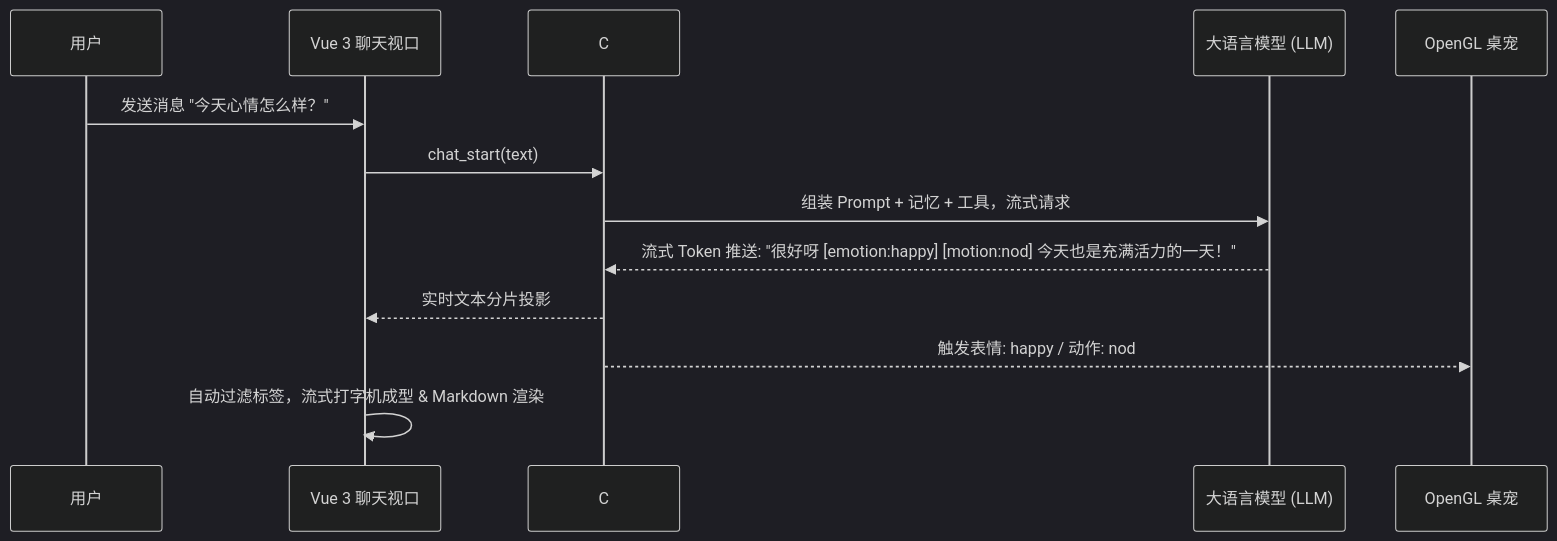
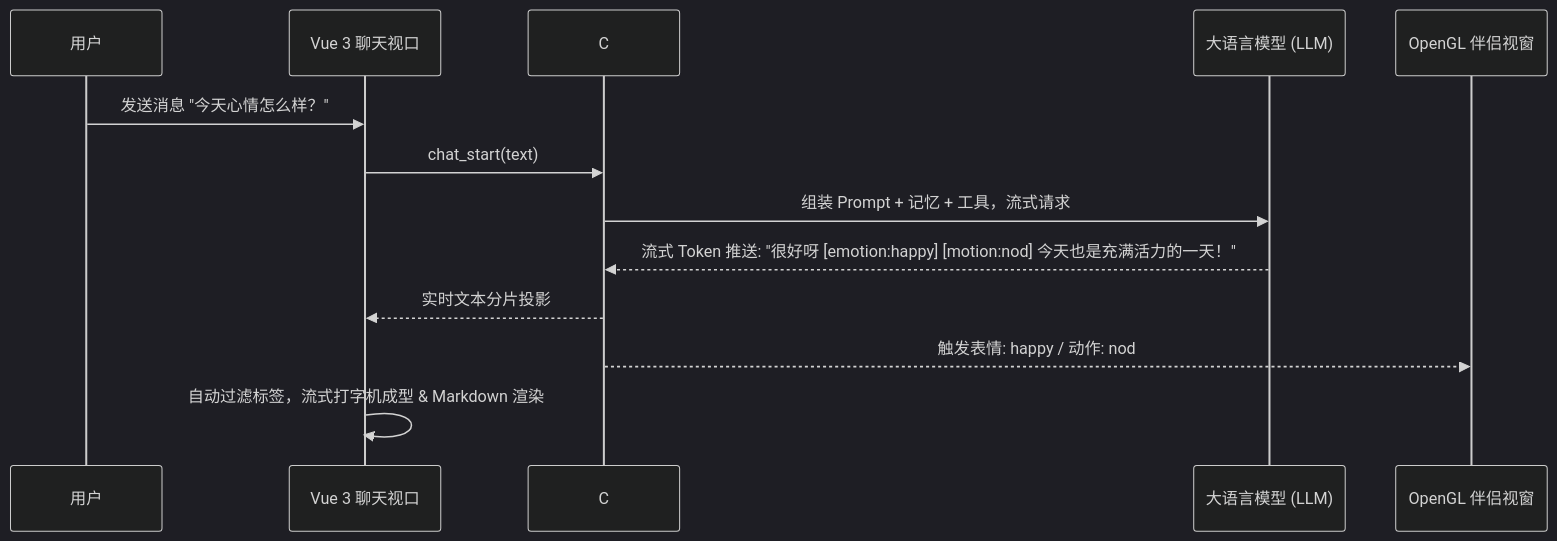
One commit to MF-Dust/Nori.Docs changed the diagram in docs/zh/guide/ai-chat-agent.md. Above: the diagram before and after it, drawn with Mermaid (dark theme). The commit also changed other lines of this file and 39 other files, not shown here.

````diff
--- a/docs/zh/guide/ai-chat-agent.md
+++ b/docs/zh/guide/ai-chat-agent.md
@@ -47,16 +47,16 @@
 ```mermaid
 sequenceDiagram
     participant User as 用户
     participant Frontend as Vue 3 聊天视口
     participant Agent as C# AgentEngine
     participant LLM as 大语言模型 (LLM)
-    participant Pet as OpenGL 桌宠
+    participant Pet as OpenGL 伴侣视窗
 
     User->>Frontend: 发送消息 "今天心情怎么样？"
     Frontend->>Agent: chat_start(text)
     Agent->>LLM: 组装 Prompt + 记忆 + 工具，流式请求
     LLM-->>Agent: 流式 Token 推送: "很好呀 [emotion:happy] [motion:nod] 今天也是充满活力的一天！"
     Agent-->>Frontend: 实时文本分片投影
     Agent-->>Pet: 触发表情: happy / 动作: nod
     Frontend->>Frontend: 自动过滤标签，流式打字机成型 & Markdown 渲染
 ```
````
